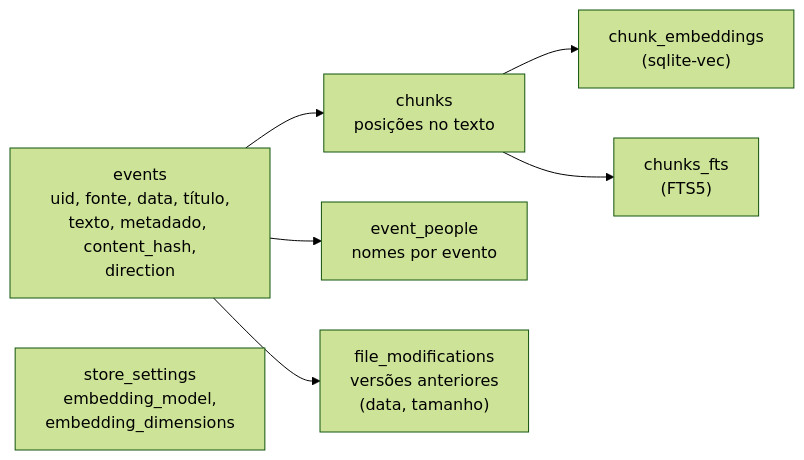
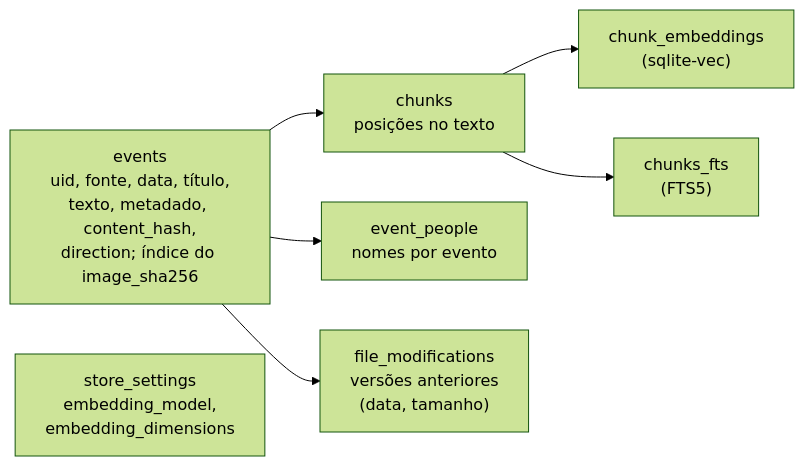
Diagram 11 of 11 in docs/ARCHITECTURE.md (Chipskein/cade), drawn with Mermaid (forest theme) before and after one commit. The commit also changed other lines of this file and 9 other files, not shown here.

````diff
--- a/docs/ARCHITECTURE.md
+++ b/docs/ARCHITECTURE.md
@@ -381,16 +422,16 @@
 ```mermaid
 flowchart LR
-    events["events<br/>uid, fonte, data, título,<br/>texto, metadado, content_hash,<br/>direction"]
+    events["events<br/>uid, fonte, data, título,<br/>texto, metadado, content_hash,<br/>direction; índice do image_sha256"]
     chunks["chunks<br/>posições no texto"]
     vec["chunk_embeddings<br/>(sqlite-vec)"]
     fts["chunks_fts<br/>(FTS5)"]
     people["event_people<br/>nomes por evento"]
     files["file_modifications<br/>versões anteriores<br/>(data, tamanho)"]
     settings["store_settings<br/>embedding_model,<br/>embedding_dimensions"]
 
     events --> chunks
     chunks --> vec
     chunks --> fts
     events --> people
     events --> files
 ```
````
